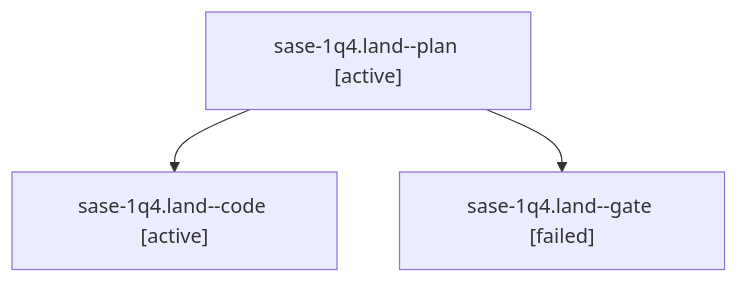
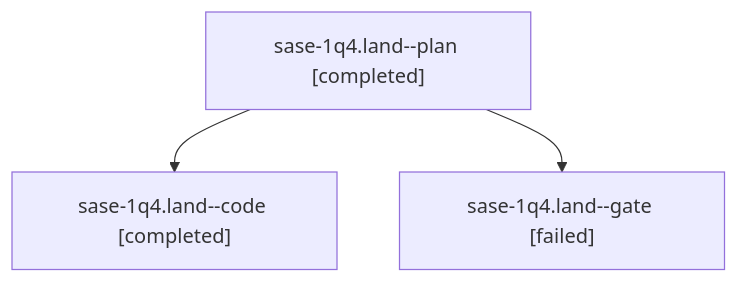
One commit to sase-org/sase--agents changed the diagram in sessions/bbugyi200.athena.sase-1q4.land.md. Above: the diagram before and after it, drawn with Mermaid. The commit also changed other lines of this file and 76 other files, not shown here.

````diff
--- a/sessions/bbugyi200.athena.sase-1q4.land.md
+++ b/sessions/bbugyi200.athena.sase-1q4.land.md
@@ -9,8 +9,8 @@
 ```mermaid
 flowchart TD
-  n0["sase-1q4.land--plan [active]"]
-  n1["sase-1q4.land--code [active]"]
+  n0["sase-1q4.land--plan [completed]"]
+  n1["sase-1q4.land--code [completed]"]
   n0 --> n1
   n2["sase-1q4.land--gate [failed]"]
   n0 --> n2
 ```
````
